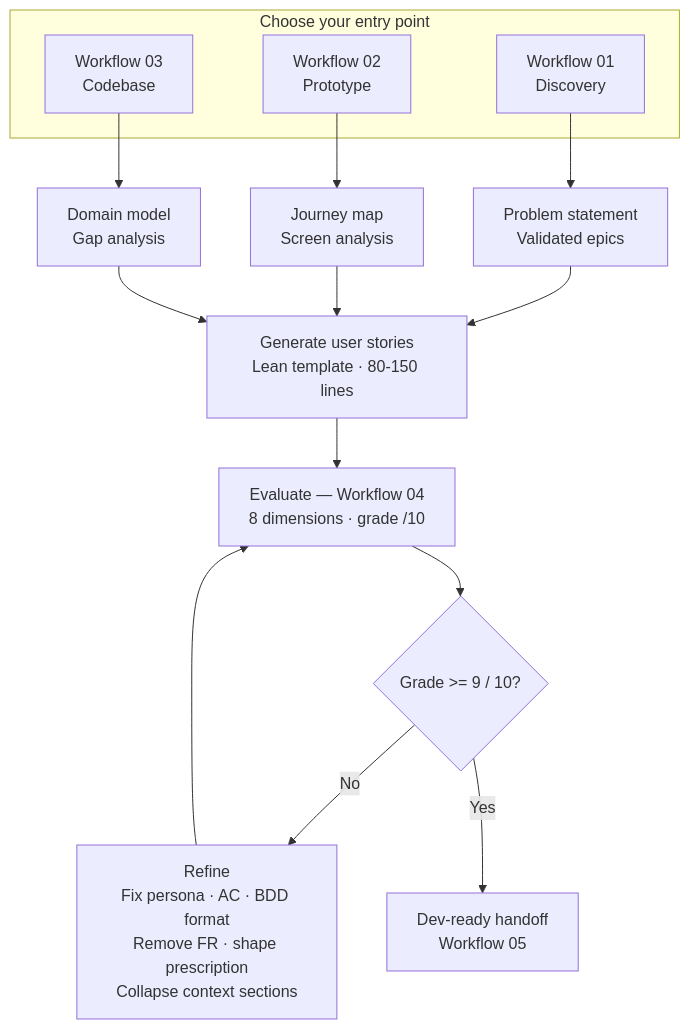
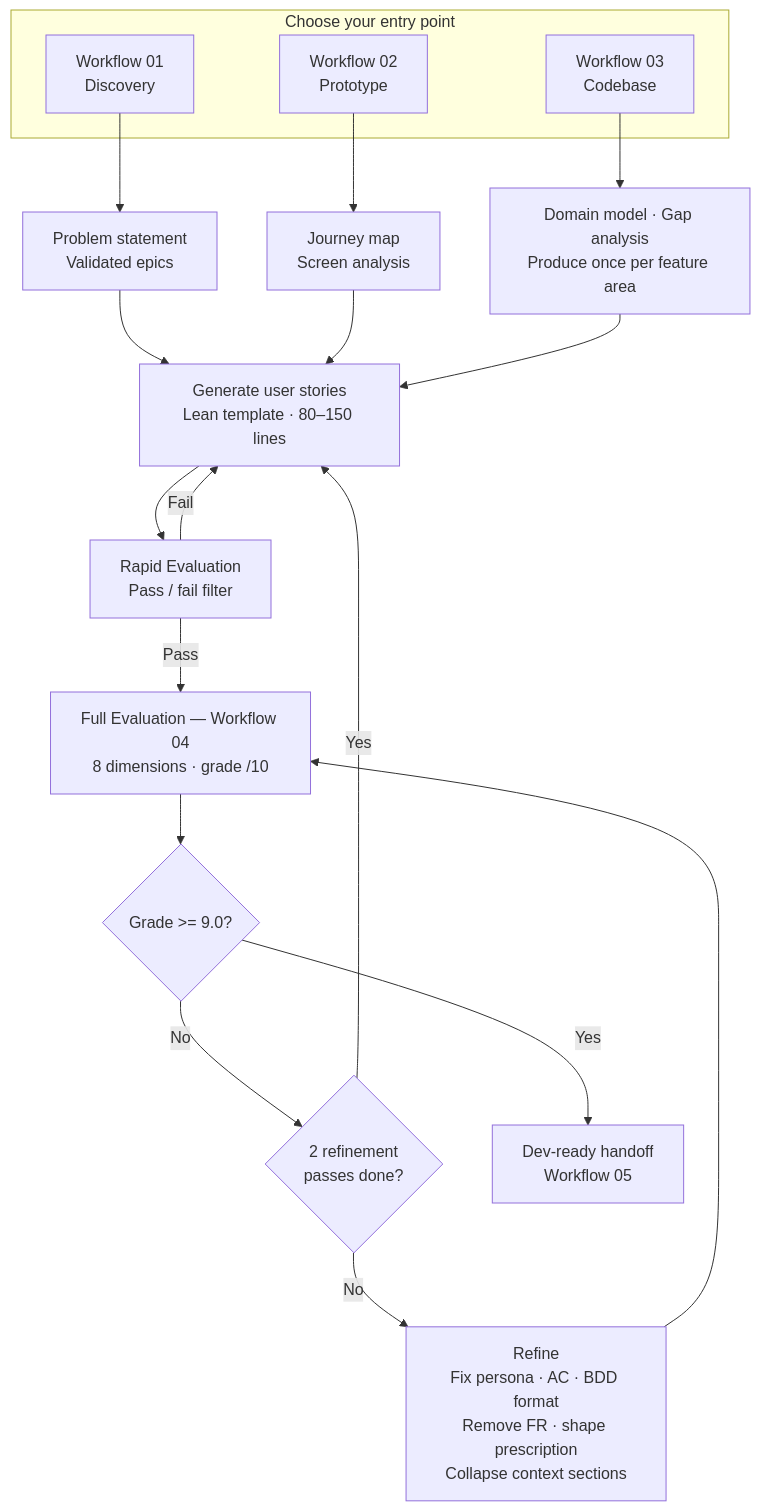
Before and after one commit to YanetABUC/ai-backlog-generator: the diagram in docs/overview.md, drawn with Mermaid. The commit also changed 5 other files, not shown here.

Commit message:
Refine: update user story generation and evaluation processes for clarity and efficiency

````diff
--- a/docs/overview.md
+++ b/docs/overview.md
@@ -25,26 +25,35 @@
 ```mermaid
 flowchart TD
     subgraph entry["Choose your entry point"]
         WF01["Workflow 01\nDiscovery"]
         WF02["Workflow 02\nPrototype"]
         WF03["Workflow 03\nCodebase"]
     end
 
     WF01 --> P1["Problem statement\nValidated epics"]
     WF02 --> P2["Journey map\nScreen analysis"]
-    WF03 --> P3["Domain model\nGap analysis"]
+    WF03 --> P3["Domain model · Gap analysis\nProduce once per feature area"]
 
     P1 & P2 & P3 --> GEN
 
-    GEN["Generate user stories\nLean template · 80-150 lines"]
+    GEN["Generate user stories\nLean template · 80–150 lines"]
 
-    GEN --> EVAL["Evaluate — Workflow 04\n8 dimensions · grade /10"]
+    GEN --> RAPID["Rapid Evaluation\nPass / fail filter"]
 
-    EVAL --> DEC{Grade >= 9 / 10?}
+    RAPID -->|Fail| GEN
+    RAPID -->|Pass| EVAL
 
-    DEC -->|No| REF["Refine\nFix persona · AC · BDD format\nRemove FR · shape prescription\nCollapse context sections"]
+    EVAL["Full Evaluation — Workflow 04\n8 dimensions · grade /10"]
+
+    EVAL --> DEC{Grade >= 9.0?}
+
+    DEC -->|No| CAP{2 refinement\npasses done?}
+
+    CAP -->|No| REF["Refine\nFix persona · AC · BDD format\nRemove FR · shape prescription\nCollapse context sections"]
 
     REF --> EVAL
 
+    CAP -->|Yes| GEN
+
     DEC -->|Yes| HAND["Dev-ready handoff\nWorkflow 05"]
 ```
````
